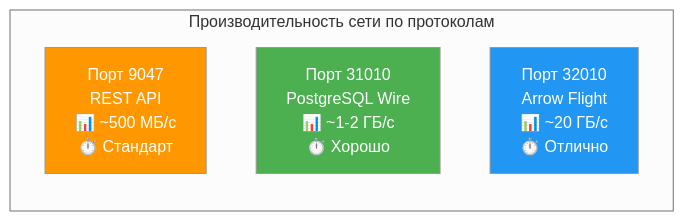
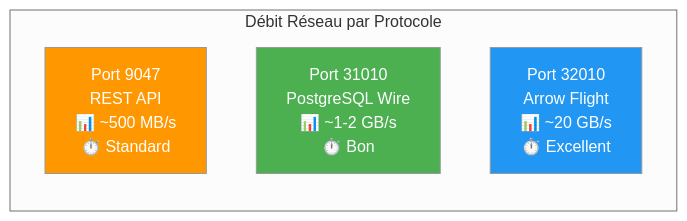
The fourth of 9 diagrams in docs/i18n/ru/architecture/dremio-ports-visual.md (Monsau/Talentys-OSS-Data-Platform), drawn with Mermaid (neutral theme) before and after one commit. The commit also changed other lines of this file and 485 other files, not shown here.

First line of the commit message:
feat: v1.1.0 - Complete i18n roadmap, AI services, and data platform

````diff
--- a/docs/i18n/ru/architecture/dremio-ports-visual.md
+++ b/docs/i18n/ru/architecture/dremio-ports-visual.md
@@ -139,12 +139,12 @@
 ```mermaid
 graph LR
-    subgraph "Производительность сети по протоколам"
-        A["Порт 9047<br/>REST API<br/>📊 ~500 МБ/с<br/>⏱️ Стандарт"]
-        B["Порт 31010<br/>PostgreSQL Wire<br/>📊 ~1-2 ГБ/с<br/>⏱️ Хорошо"]
-        C["Порт 32010<br/>Arrow Flight<br/>📊 ~20 ГБ/с<br/>⏱️ Отлично"]
+    subgraph "Débit Réseau par Protocole"
+        A["Port 9047<br/>REST API<br/>📊 ~500 MB/s<br/>⏱️ Standard"]
+        B["Port 31010<br/>PostgreSQL Wire<br/>📊 ~1-2 GB/s<br/>⏱️ Bon"]
+        C["Port 32010<br/>Arrow Flight<br/>📊 ~20 GB/s<br/>⏱️ Excellent"]
     end
     
     style A fill:#FF9800,color:#fff
     style B fill:#4CAF50,color:#fff
     style C fill:#2196F3,color:#fff
 ```
````
